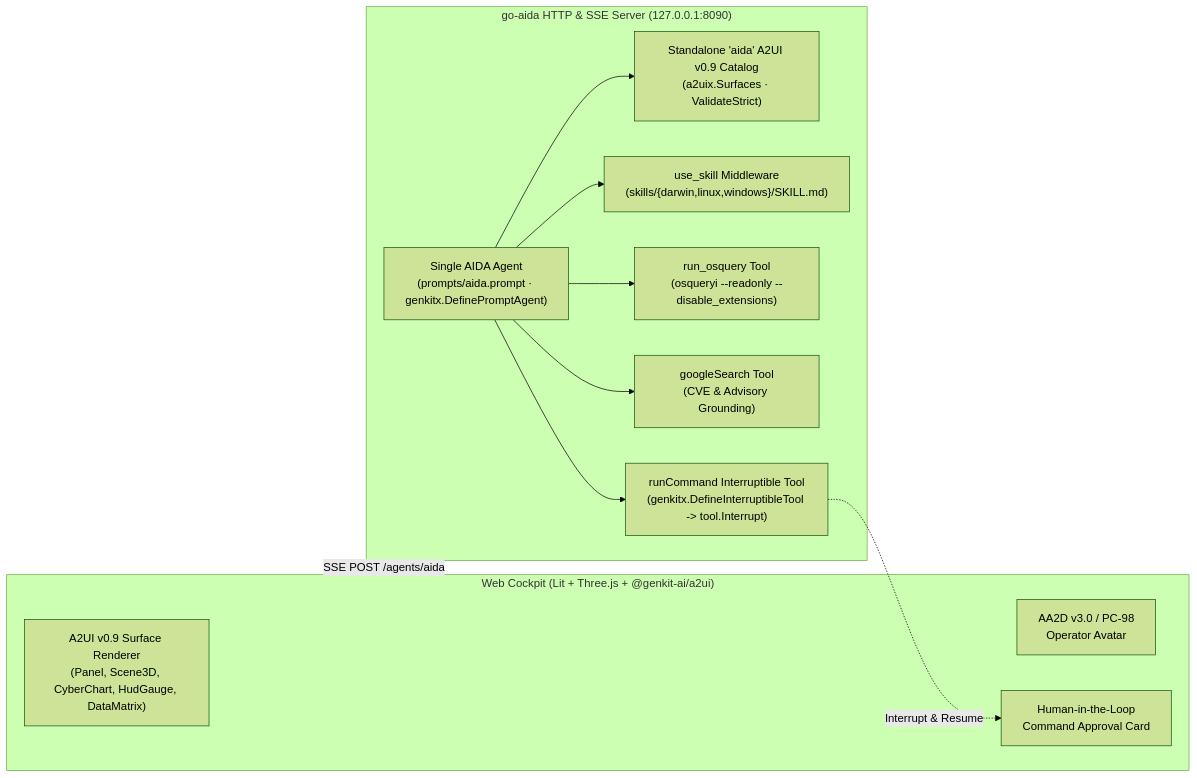
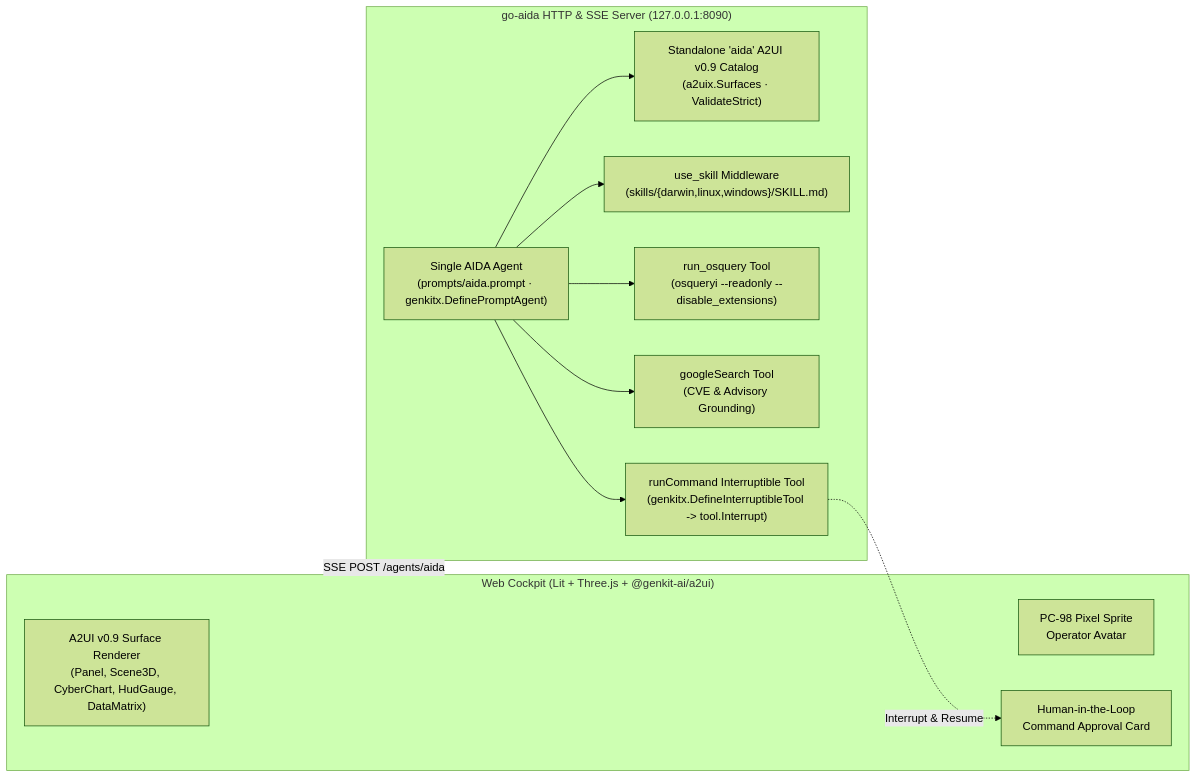
Before and after one commit to danicat/go-aida: the diagram in README.md, drawn with Mermaid (forest theme). The commit also changed 8 other files, not shown here.

Commit message:
refactor: use classic PC-98 sprite avatar exclusively and remove experimental aa2d

````diff
--- a/README.md
+++ b/README.md
@@ -14,25 +14,25 @@
 ```mermaid
 flowchart LR
     subgraph Cockpit["Web Cockpit (Lit + Three.js + @genkit-ai/a2ui)"]
         UI["A2UI v0.9 Surface Renderer\n(Panel, Scene3D, CyberChart, HudGauge, DataMatrix)"]
-        Avatar["AA2D v3.0 / PC-98\nOperator Avatar"]
+        Avatar["PC-98 Pixel Sprite\nOperator Avatar"]
         HITL["Human-in-the-Loop\nCommand Approval Card"]
     end
 
     subgraph Server["go-aida HTTP & SSE Server (127.0.0.1:8090)"]
         Agent["Single AIDA Agent\n(prompts/aida.prompt · genkitx.DefinePromptAgent)"]
         Catalog["Standalone 'aida' A2UI v0.9 Catalog\n(a2uix.Surfaces · ValidateStrict)"]
         Skills["use_skill Middleware\n(skills/{darwin,linux,windows}/SKILL.md)"]
         Osquery["run_osquery Tool\n(osqueryi --readonly --disable_extensions)"]
         Search["googleSearch Tool\n(CVE & Advisory Grounding)"]
         Cmd["runCommand Interruptible Tool\n(genkitx.DefineInterruptibleTool -> tool.Interrupt)"]
     end
 
     Cockpit <-->|"SSE POST /agents/aida"| Server
     Agent --> Catalog
     Agent --> Skills
     Agent --> Osquery
     Agent --> Search
     Agent --> Cmd
     Cmd -.->|"Interrupt & Resume"| HITL
 ```
````
